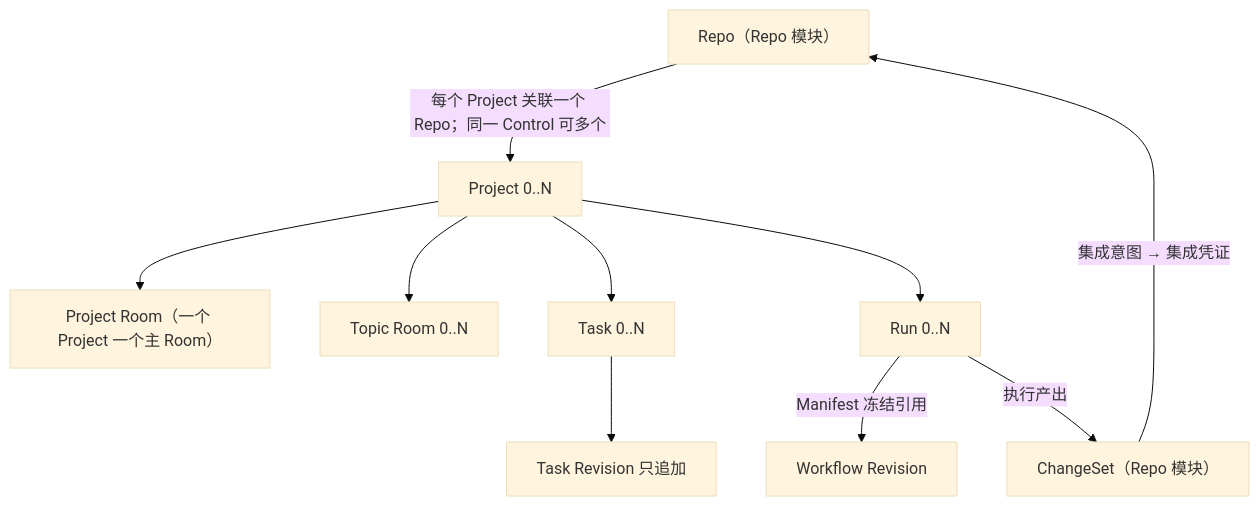
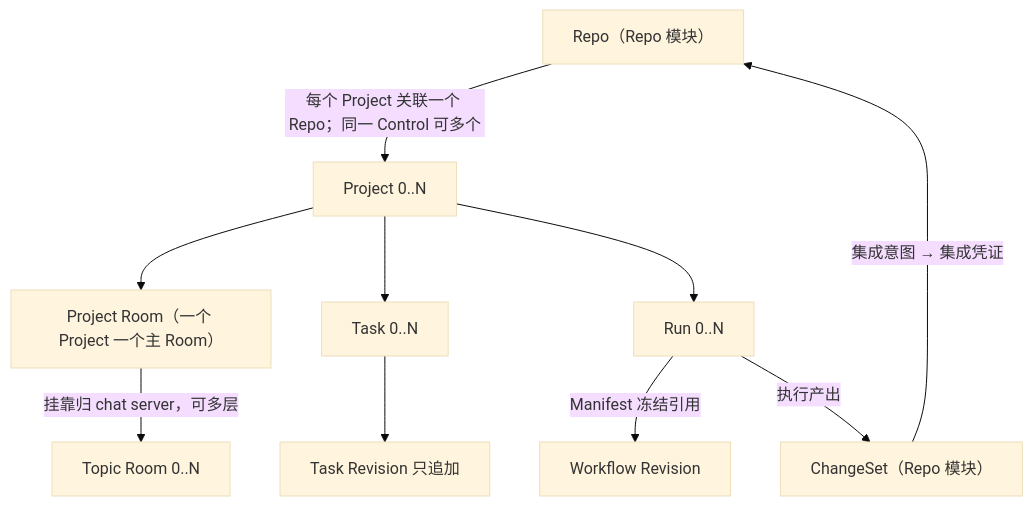
The diagram in docs/design/README.md (yesme/hctl2), drawn with Mermaid (base theme) before and after one commit. The commit also changed 11 other files, not shown here.

````diff
--- a/docs/design/README.md
+++ b/docs/design/README.md
@@ -34,12 +34,12 @@
 ```mermaid
 flowchart TD
     R["Repo（Repo 模块）"] -->|每个 Project 关联一个 Repo；同一 Control 可多个| P["Project 0..N"]
     P --> PR["Project Room（一个 Project 一个主 Room）"]
-    P --> TP["Topic Room 0..N"]
+    PR -->|挂靠归 chat server，可多层| TP["Topic Room 0..N"]
     P --> T["Task 0..N"]
     P --> RN["Run 0..N"]
     T --> TR["Task Revision 只追加"]
     RN -->|Manifest 冻结引用| W["Workflow Revision"]
     RN -->|执行产出| CS["ChangeSet（Repo 模块）"]
     CS -->|集成意图 → 集成凭证| R
 ```
````
